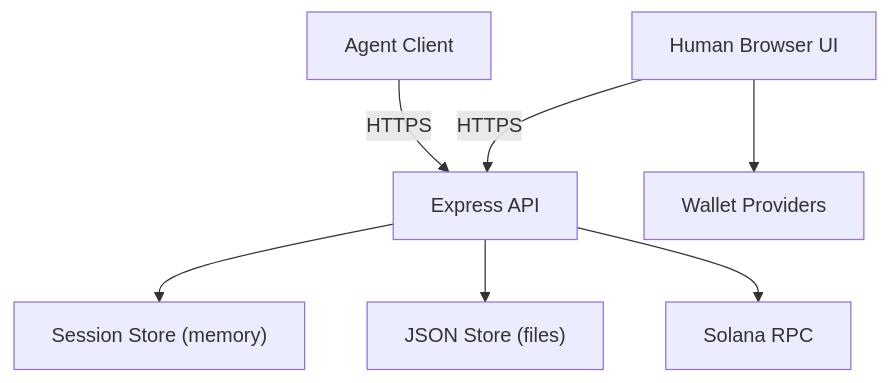
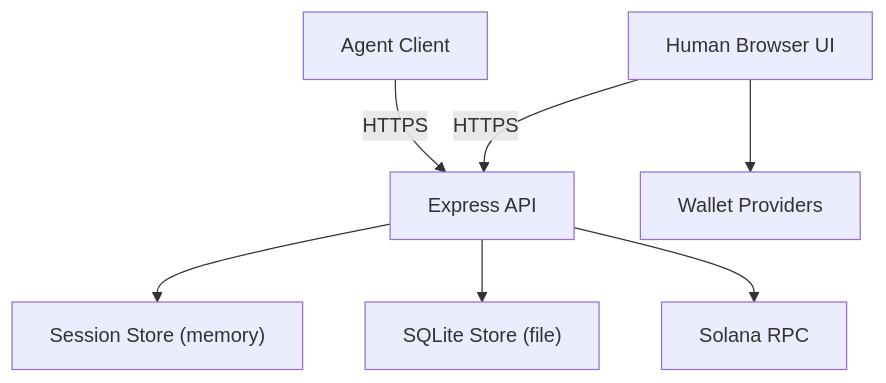
One commit to Agent-Town/Portal changed the diagram in eliza-town-landing-threat-model.md. Above: the diagram before and after it, drawn with Mermaid. The commit also changed other lines of this file and 4 other files, not shown here.

Commit message:
Switch store to SQLite

````diff
--- a/eliza-town-landing-threat-model.md
+++ b/eliza-town-landing-threat-model.md
@@ -78,16 +78,16 @@
 ```mermaid
 flowchart TD
   A["Human Browser UI"]
   G["Agent Client"]
   B["Express API"]
   C["Session Store (memory)"]
-  D["JSON Store (files)"]
+  D["SQLite Store (file)"]
   E["Wallet Providers"]
   F["Solana RPC"]
   A -->|HTTPS| B
   G -->|HTTPS| B
   B --> C
   B --> D
   A --> E
   B --> F
 ```
````
